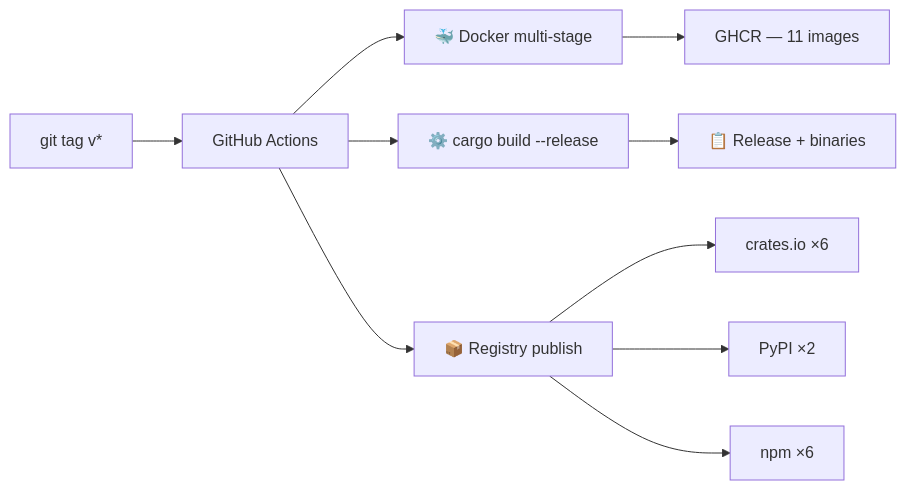
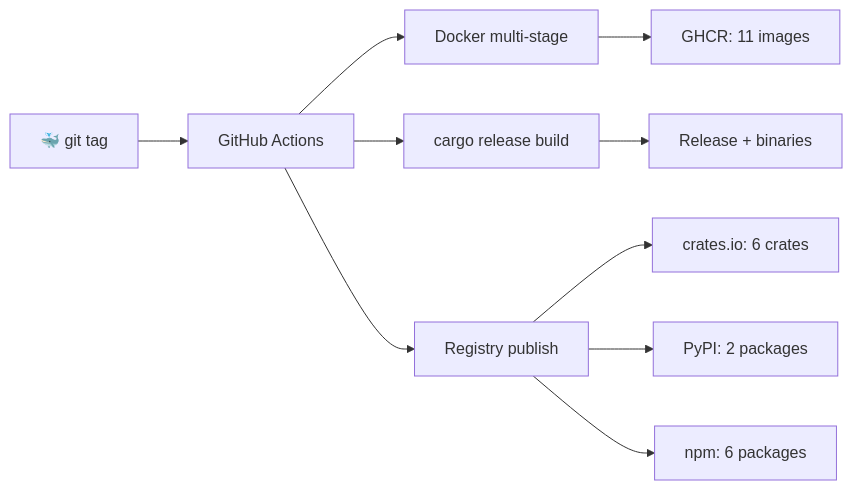
The diagram in README.md (BartoszOsiej/BartoszOsiej), drawn with Mermaid before and after one commit.

Commit message:
fix: mermaid compatibility

````diff
--- a/README.md
+++ b/README.md
@@ -101,12 +101,12 @@
 ```mermaid
 flowchart LR
-    T["git tag v*"] --> CI["GitHub Actions"]
-    CI --> D["🐳 Docker multi-stage"]
-    D --> G["GHCR — 11 images"]
-    CI --> B["⚙️ cargo build --release"]
-    B --> R["📋 Release + binaries"]
-    CI --> P["📦 Registry publish"]
-    P --> C["crates.io ×6"]
-    P --> Y["PyPI ×2"]
-    P --> N["npm ×6"]
+    T["🐳 git tag"] --> CI["GitHub Actions"]
+    CI --> D["Docker multi-stage"]
+    D --> G["GHCR: 11 images"]
+    CI --> B["cargo release build"]
+    B --> R["Release + binaries"]
+    CI --> P["Registry publish"]
+    P --> C["crates.io: 6 crates"]
+    P --> Y["PyPI: 2 packages"]
+    P --> N["npm: 6 packages"]
 ```
````
